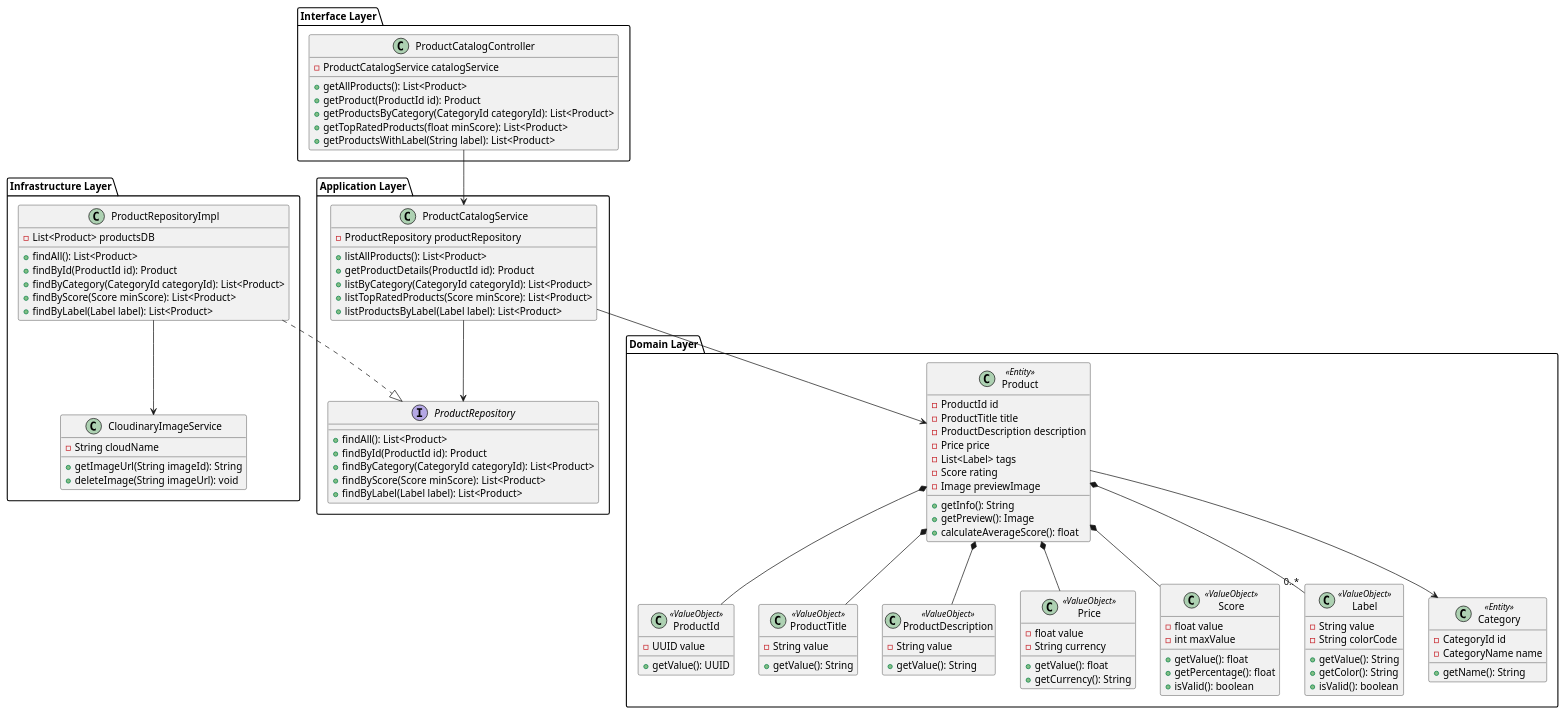
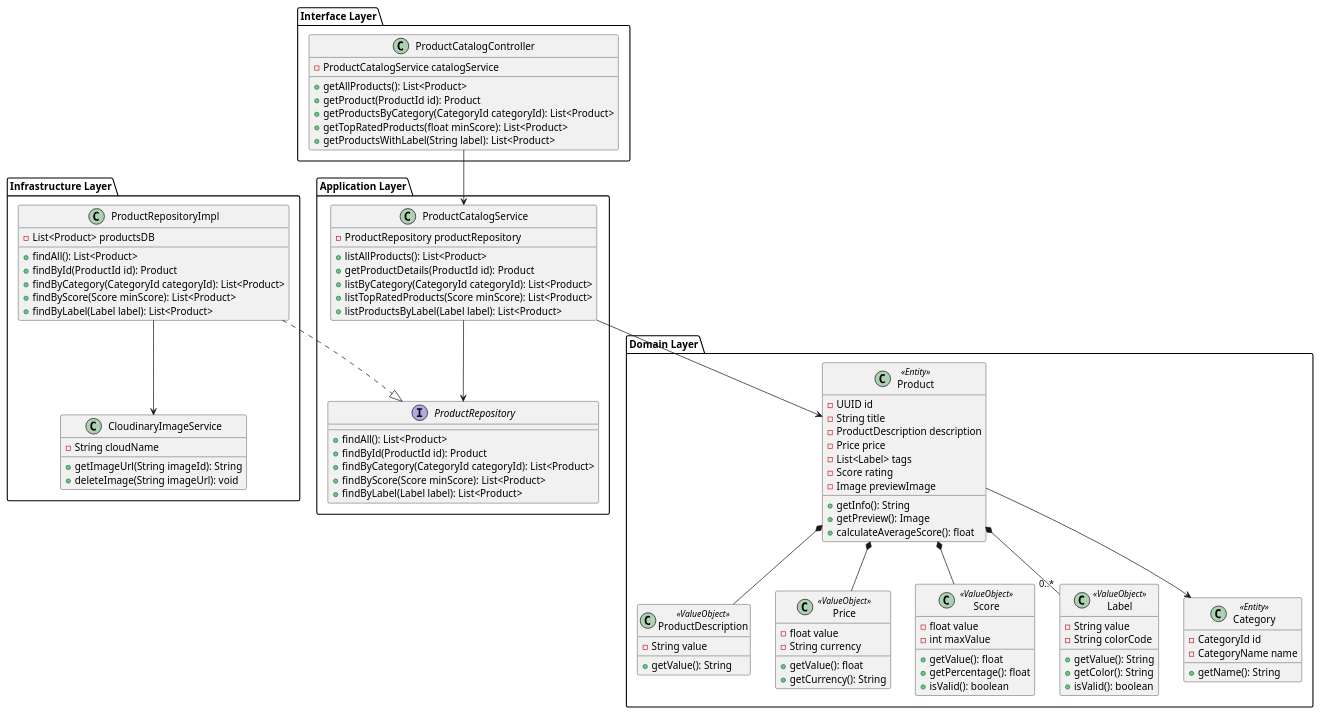
The diagram in Product Catalog.puml (JonatanFD/diagrama-clase), drawn with PlantUML before and after one commit. The commit also changed 1 other file, not shown here.

Commit message:
feat: attribute correction to Product Catalog and User Management

```diff
--- a/Product Catalog.puml
+++ b/Product Catalog.puml
@@ -1,143 +1,132 @@
 @startuml
 ' =============================
 ' DOMAIN LAYER
 ' =============================
 package "Domain Layer" {
-
-  class ProductId <<ValueObject>> {
-    - UUID value
-    + getValue(): UUID
-  }
-
-  class ProductTitle <<ValueObject>> {
-    - String value
-    + getValue(): String
-  }
 
   class ProductDescription <<ValueObject>> {
     - String value
     + getValue(): String
   }
 
   class Price <<ValueObject>> {
     - float value
     - String currency
     + getValue(): float
     + getCurrency(): String
   }
 
   class Score <<ValueObject>> {
     - float value
     - int maxValue
     + getValue(): float
     + getPercentage(): float
     + isValid(): boolean
   }
 
   class Label <<ValueObject>> {
     - String value
     - String colorCode
     + getValue(): String
     + getColor(): String
     + isValid(): boolean
   }
 
   class Product <<Entity>> {
-    - ProductId id
-    - ProductTitle title
+    - UUID id
+    - String title
     - ProductDescription description
     - Price price
     - List<Label> tags
     - Score rating
     - Image previewImage
     + getInfo(): String
     + getPreview(): Image
     + calculateAverageScore(): float
   }
 
   class Category <<Entity>> {
     - CategoryId id
     - CategoryName name
     + getName(): String
   }
 
   ' Relationships between Value Objects and Entities
-  Product *-- ProductId
-  Product *-- ProductTitle
+  
   Product *-- ProductDescription
   Product *-- Price
   Product *-- Score
   Product *-- "0..*" Label
   
   ' Relationship between Product and Category
   Product --> Category
 
 }
 
 ' =============================
 ' APPLICATION LAYER
 ' =============================
 package "Application Layer" {
 
   interface ProductRepository {
     + findAll(): List<Product>
     + findById(ProductId id): Product
     + findByCategory(CategoryId categoryId): List<Product>
     + findByScore(Score minScore): List<Product>
     + findByLabel(Label label): List<Product>
   }
 
   class ProductCatalogService {
     - ProductRepository productRepository
     + listAllProducts(): List<Product>
     + getProductDetails(ProductId id): Product
     + listByCategory(CategoryId categoryId): List<Product>
     + listTopRatedProducts(Score minScore): List<Product>
     + listProductsByLabel(Label label): List<Product>
   }
 
   ProductCatalogService --> Product
   ProductCatalogService --> ProductRepository
 }
 
 ' =============================
 ' INFRASTRUCTURE LAYER
 ' =============================
 package "Infrastructure Layer" {
 
   class ProductRepositoryImpl {
     - List<Product> productsDB
     + findAll(): List<Product>
     + findById(ProductId id): Product
     + findByCategory(CategoryId categoryId): List<Product>
     + findByScore(Score minScore): List<Product>
     + findByLabel(Label label): List<Product>
   }
 
   class CloudinaryImageService {
     - String cloudName
     + getImageUrl(String imageId): String
     + deleteImage(String imageUrl): void
   }
 
   ProductRepositoryImpl --> CloudinaryImageService
   ProductRepositoryImpl ..|> ProductRepository
 }
 
 ' =============================
 ' INTERFACE LAYER
 ' =============================
 package "Interface Layer" {
 
   class ProductCatalogController {
     - ProductCatalogService catalogService
     + getAllProducts(): List<Product>
     + getProduct(ProductId id): Product
     + getProductsByCategory(CategoryId categoryId): List<Product>
     + getTopRatedProducts(float minScore): List<Product>
     + getProductsWithLabel(String label): List<Product>
   }
 
   ProductCatalogController --> ProductCatalogService
 }
 @enduml
```
